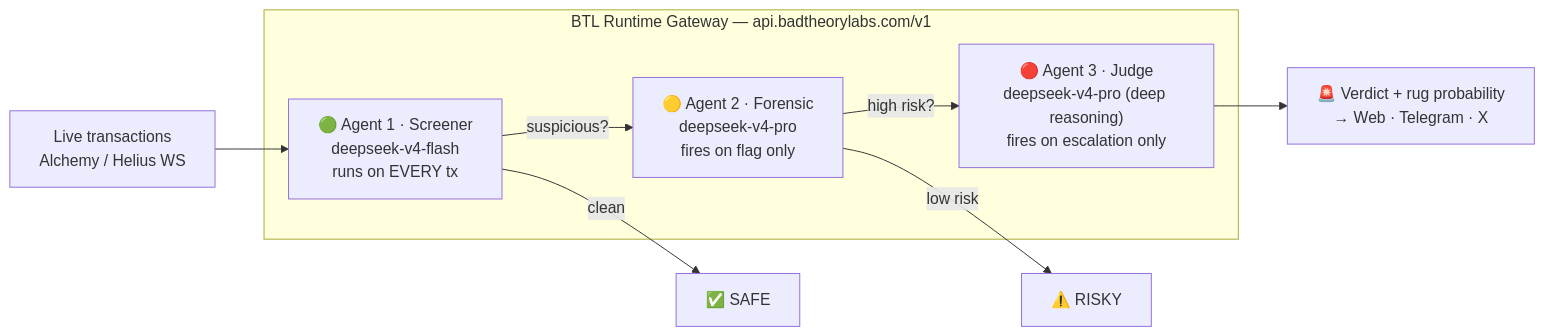
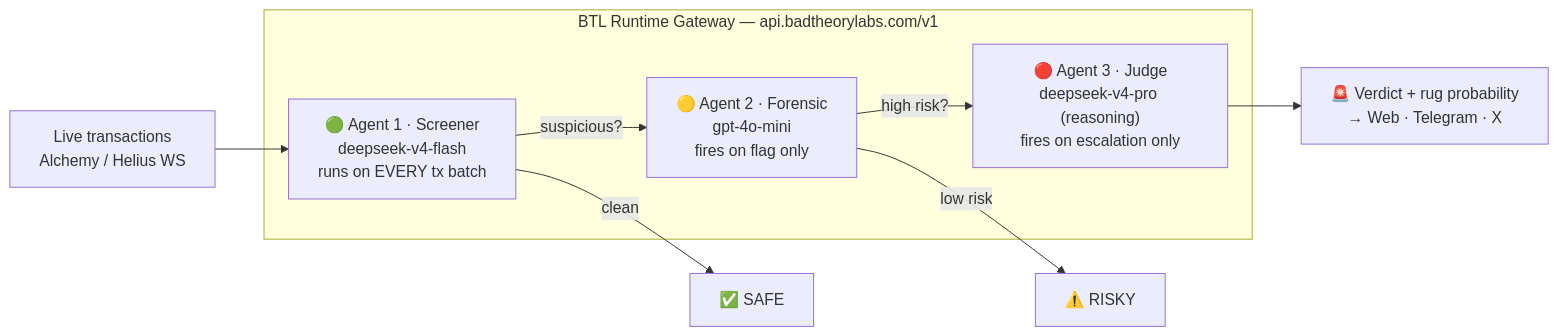
One commit to TheWeirdDee/BtlRadar changed the diagram in README.md. Above: the diagram before and after it, drawn with Mermaid. The commit also changed other lines of this file and 25 other files, not shown here.

````diff
--- a/README.md
+++ b/README.md
@@ -29,16 +30,16 @@
 ```mermaid
 flowchart LR
     TX[Live transactions<br/>Alchemy / Helius WS] --> A1
 
     subgraph BTL[BTL Runtime Gateway — api.badtheorylabs.com/v1]
-        A1["🟢 Agent 1 · Screener<br/>deepseek-v4-flash<br/>runs on EVERY tx"]
-        A2["🟡 Agent 2 · Forensic<br/>deepseek-v4-pro<br/>fires on flag only"]
-        A3["🔴 Agent 3 · Judge<br/>deepseek-v4-pro (deep reasoning)<br/>fires on escalation only"]
+        A1["🟢 Agent 1 · Screener<br/>deepseek-v4-flash<br/>runs on EVERY tx batch"]
+        A2["🟡 Agent 2 · Forensic<br/>gpt-4o-mini<br/>fires on flag only"]
+        A3["🔴 Agent 3 · Judge<br/>deepseek-v4-pro (reasoning)<br/>fires on escalation only"]
     end
 
     A1 -- "suspicious?" --> A2
     A1 -- "clean" --> SAFE[✅ SAFE]
     A2 -- "high risk?" --> A3
     A2 -- "low risk" --> RISKY[⚠️ RISKY]
     A3 --> VERDICT["🚨 Verdict + rug probability<br/>→ Web · Telegram · X"]
 ```
````
